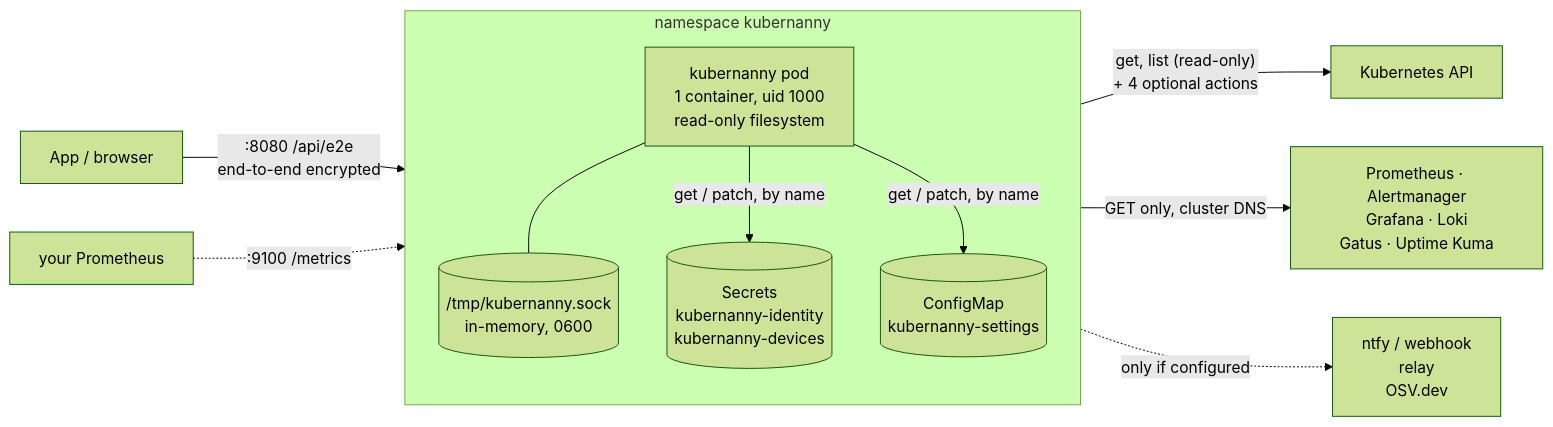
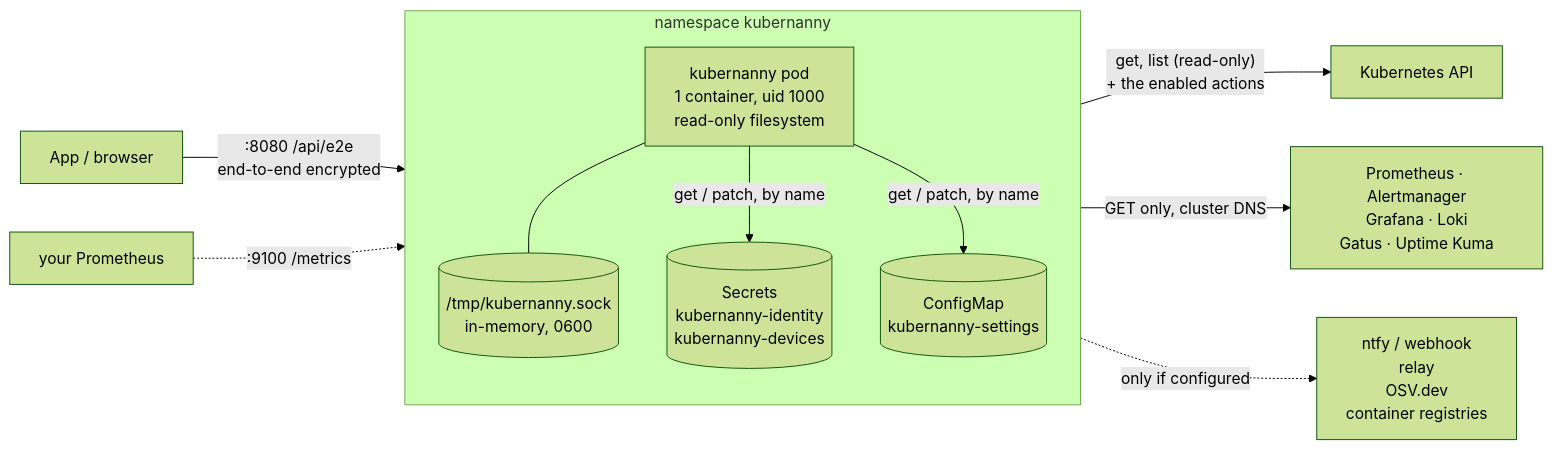
The first of 2 diagrams in docs/IN-CLUSTER.md (kubernanny/kubernanny), drawn with Mermaid (forest theme) before and after one commit. The commit also changed other lines of this file and 9 other files, not shown here.

````diff
--- a/docs/IN-CLUSTER.md
+++ b/docs/IN-CLUSTER.md
@@ -20,20 +20,20 @@
 ```mermaid
 flowchart LR
   subgraph ns["namespace kubernanny"]
     direction TB
     pod["kubernanny pod<br/>1 container, uid 1000<br/>read-only filesystem"]
     sock[("/tmp/kubernanny.sock<br/>in-memory, 0600")]
     sec[("Secrets<br/>kubernanny-identity<br/>kubernanny-devices")]
     cm[("ConfigMap<br/>kubernanny-settings")]
     pod --- sock
     pod -- "get / patch, by name" --> sec
     pod -- "get / patch, by name" --> cm
   end
   api["Kubernetes API"]
   mon["Prometheus · Alertmanager<br/>Grafana · Loki<br/>Gatus · Uptime Kuma"]
-  pod -- "get, list (read-only)<br/>+ 4 optional actions" --> api
+  pod -- "get, list (read-only)<br/>+ the enabled actions" --> api
   pod -- "GET only, cluster DNS" --> mon
   app["App / browser"] -- ":8080 /api/e2e<br/>end-to-end encrypted" --> pod
   prom["your Prometheus"] -. ":9100 /metrics" .-> pod
-  pod -. "only if configured" .-> out["ntfy / webhook<br/>relay<br/>OSV.dev"]
+  pod -. "only if configured" .-> out["ntfy / webhook<br/>relay<br/>OSV.dev<br/>container registries"]
 ```
````
